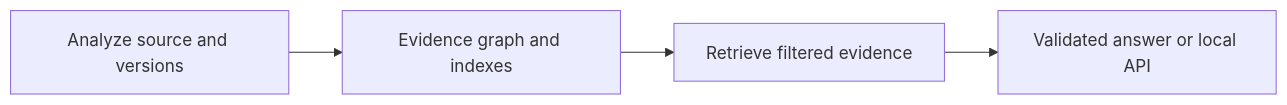
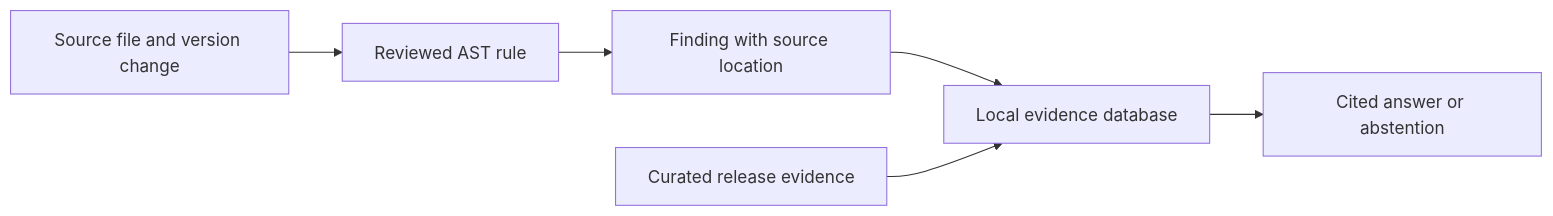
One commit to rishabhdas9/openfield changed the diagram in README.md. Above: the diagram before and after it, drawn with Mermaid. The commit also changed other lines of this file, not shown here.

````diff
--- a/README.md
+++ b/README.md
@@ -41,6 +11,8 @@
 ```mermaid
 flowchart LR
-    A[Analyze source and versions] --> B[Evidence graph and indexes]
-    B --> C[Retrieve filtered evidence]
-    C --> D[Validated answer or local API]
+    A[Source file and version change] --> B[Reviewed AST rule]
+    B --> C[Finding with source location]
+    C --> D[Local evidence database]
+    E[Curated release evidence] --> D
+    D --> F[Cited answer or abstention]
 ```
````
